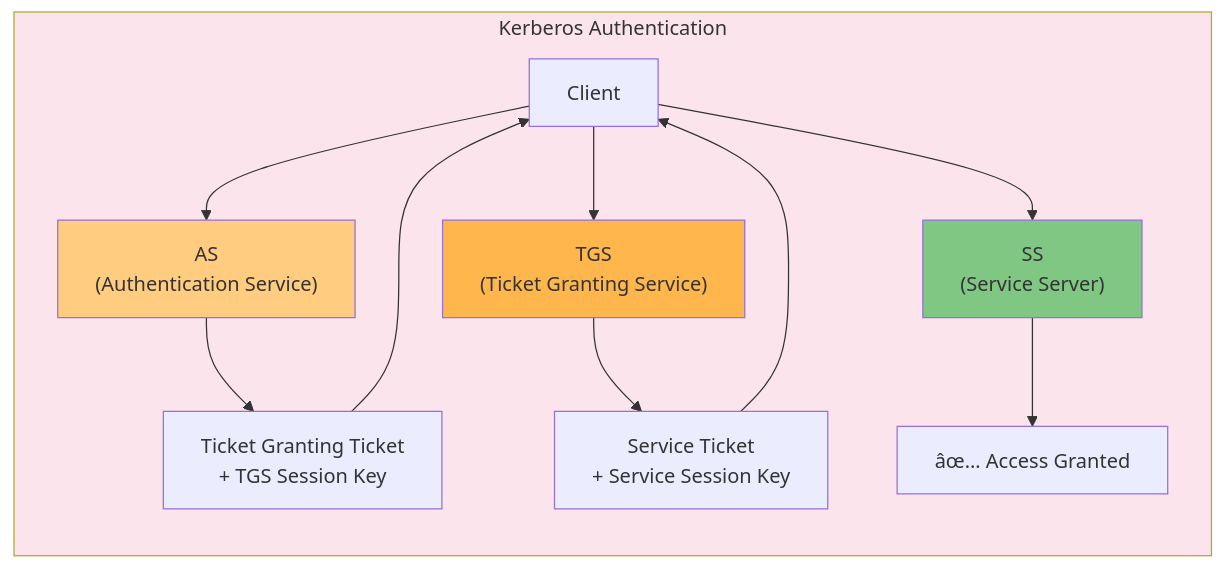
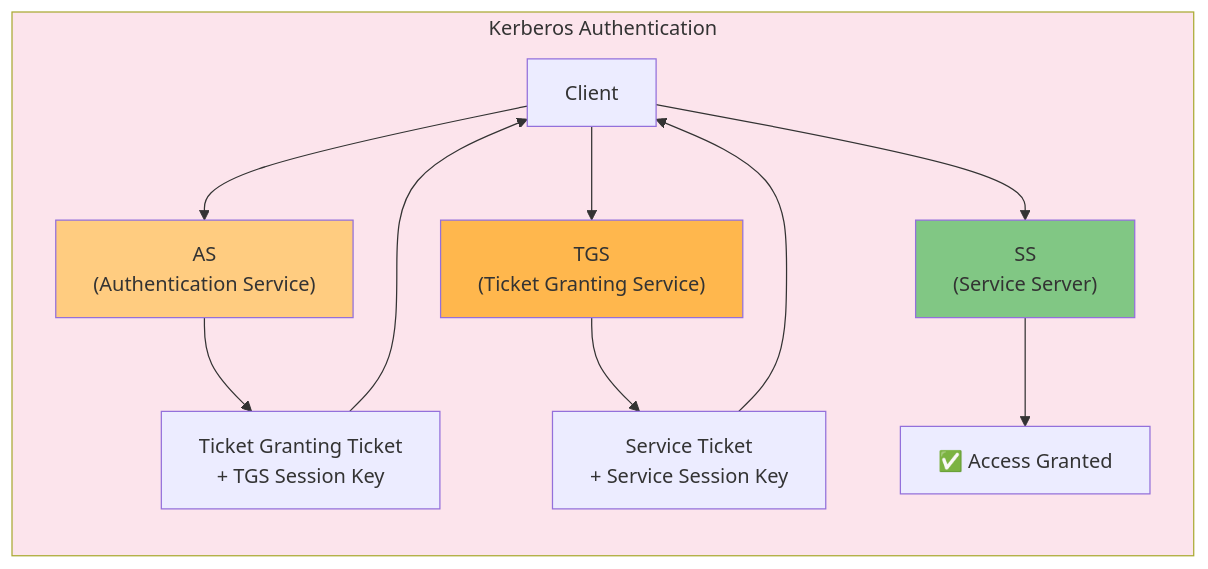
The third of 4 diagrams in docs/courses/information-security/04-digital-signatures-pki.md (Raushan666java/ai-engineering-journey), drawn with Mermaid before and after one commit. The commit also changed other lines of this file and 965 other files, not shown here.

````diff
--- a/docs/courses/information-security/04-digital-signatures-pki.md
+++ b/docs/courses/information-security/04-digital-signatures-pki.md
@@ -363,18 +363,18 @@
 ```mermaid
 flowchart LR
     subgraph Kerberos_Flow[Kerberos Authentication]
         direction TB
         C["Client"] --> AS["AS<br/>(Authentication Service)"]
         AS --> TGT["Ticket Granting Ticket<br/>+ TGS Session Key"]
         TGT --> C
         C --> TGS["TGS<br/>(Ticket Granting Service)"]
         TGS --> ST["Service Ticket<br/>+ Service Session Key"]
         ST --> C
         C --> SS["SS<br/>(Service Server)"]
-        SS --> OK["âœ… Access Granted"]
+        SS --> OK["✅ Access Granted"]
     end
     style Kerberos_Flow fill:#fce4ec
     style AS fill:#ffcc80
     style TGS fill:#ffb74d
     style SS fill:#81c784
 ```
````
